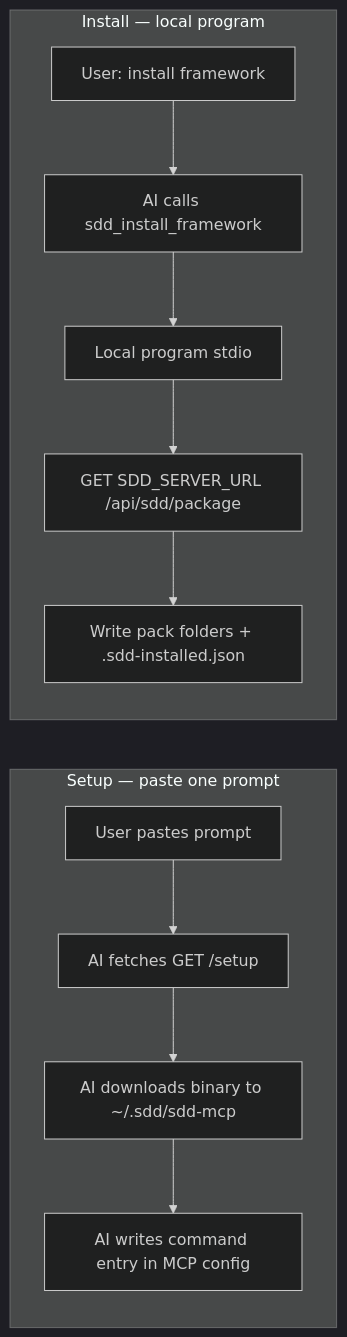
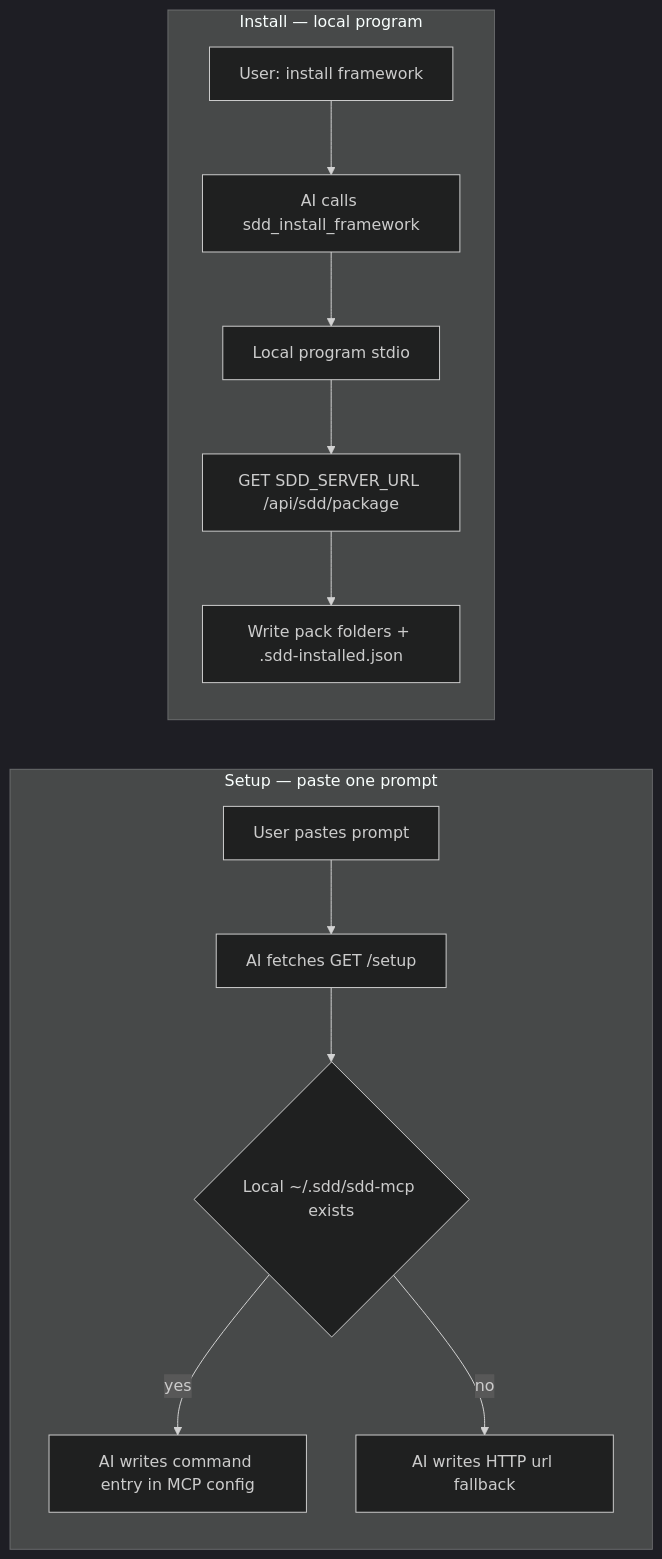
Before and after one commit to ethanhuangcst/workspace.framework.sdd.works: the first of 2 diagrams in specs/mcp/mcp-design.md, drawn with Mermaid (dark theme). The commit also changed other lines of this file and 24 other files, not shown here.

First line of the commit message:
Ship ~/.sdd/sdd-mcp build/place path and close feature-14.

````diff
--- a/specs/mcp/mcp-design.md
+++ b/specs/mcp/mcp-design.md
@@ -62,15 +62,16 @@
 ```mermaid
 flowchart LR
   subgraph setup [Setup — paste one prompt]
     User[User pastes prompt] --> AI1[AI fetches GET /setup]
-    AI1 --> AI2[AI downloads binary to ~/.sdd/sdd-mcp]
-    AI2 --> AI3[AI writes command entry in MCP config]
+    AI1 --> AI2{Local ~/.sdd/sdd-mcp exists}
+    AI2 -->|yes| AI3[AI writes command entry in MCP config]
+    AI2 -->|no| AI4[AI writes HTTP url fallback]
   end
 
   subgraph install [Install — local program]
     UserChat[User: install framework] --> AICall[AI calls sdd_install_framework]
     AICall --> Stdio[Local program stdio]
     Stdio --> Fetch[GET SDD_SERVER_URL /api/sdd/package]
     Fetch --> Write[Write pack folders + .sdd-installed.json]
   end
 ```
````
